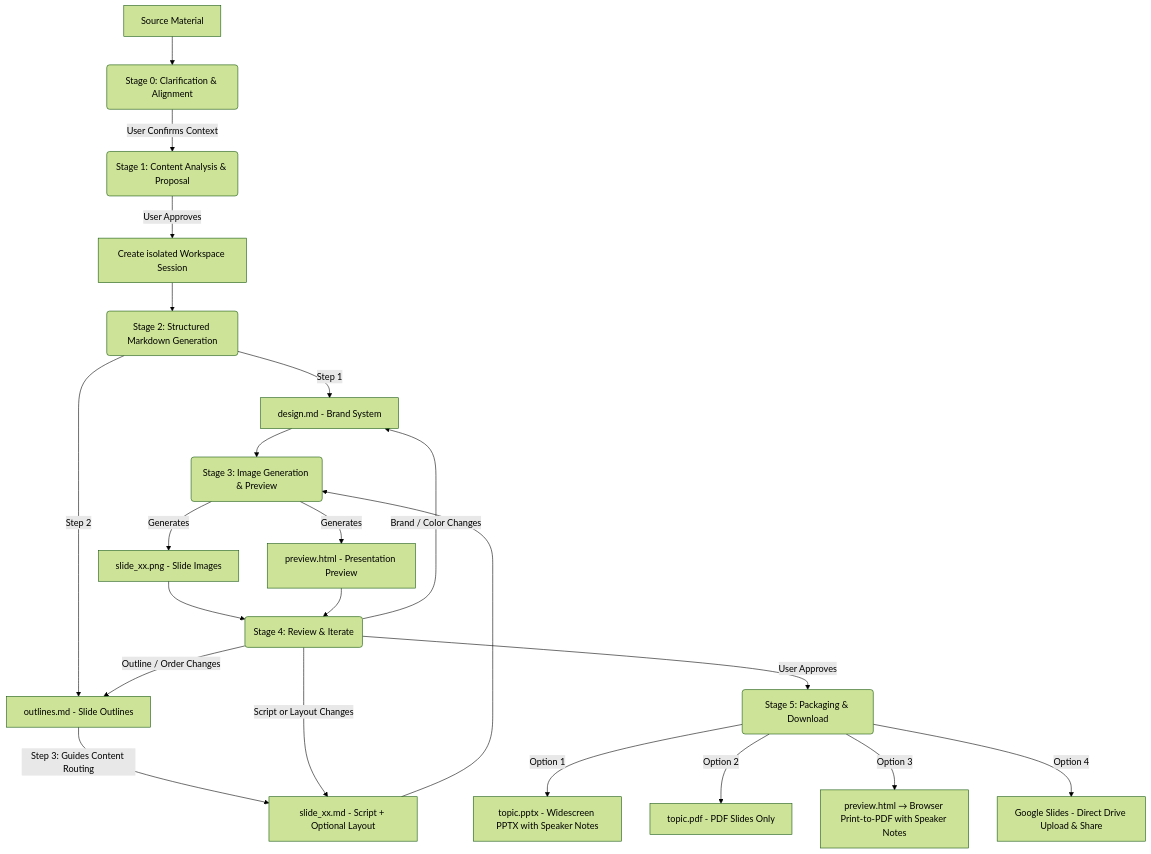
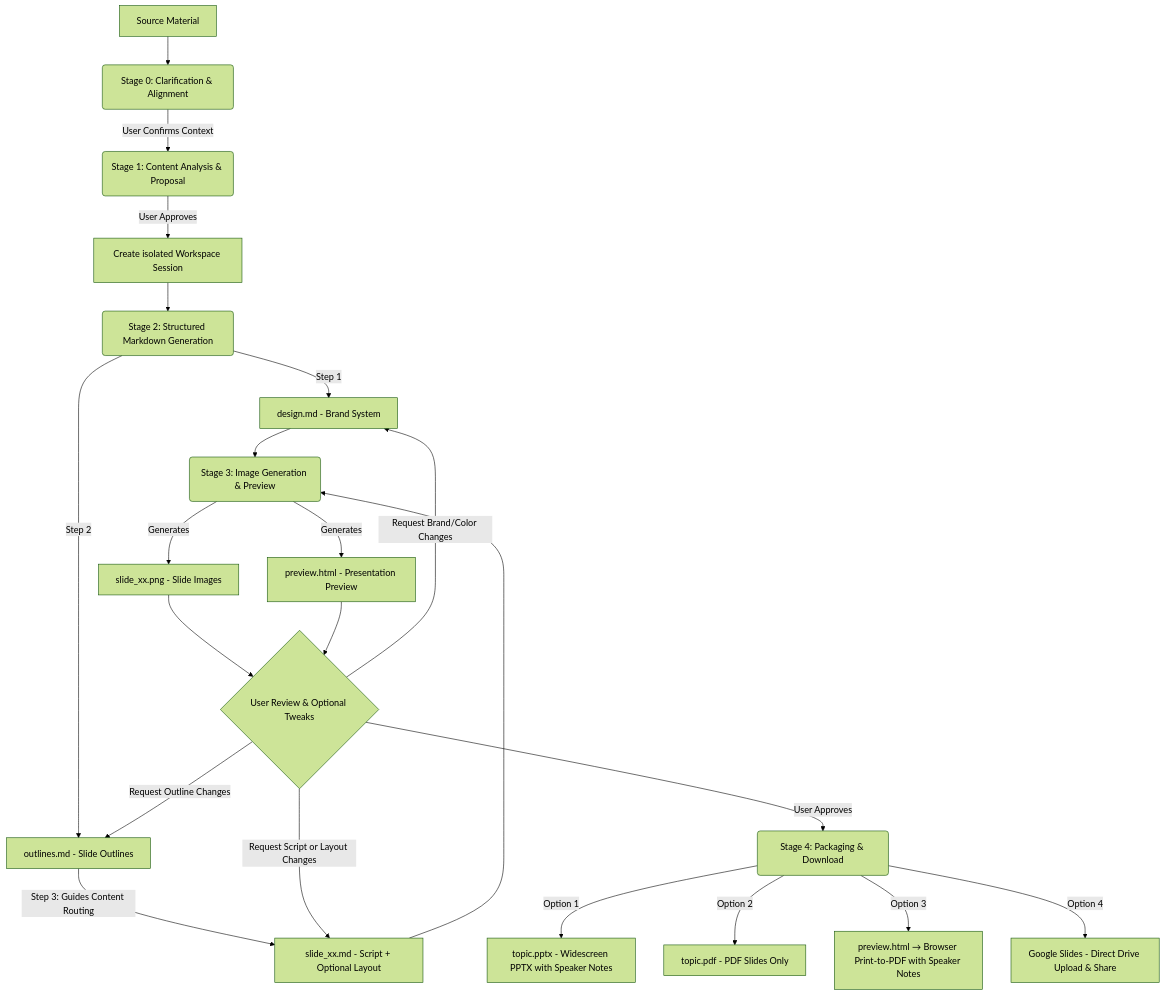
One commit to sylphlin/slide-gen-agent changed the diagram in README.md. Above: the diagram before and after it, drawn with Mermaid (forest theme). The commit also changed other lines of this file and 4 other files, not shown here.

````diff
--- a/README.md
+++ b/README.md
@@ -21,27 +23,27 @@
 ```mermaid
 graph TD
     A[Source Material] --> A0(Stage 0: Clarification & Alignment)
     A0 -->|User Confirms Context| B(Stage 1: Content Analysis & Proposal)
     B -->|User Approves| C[Create isolated Workspace Session]
     C --> D(Stage 2: Structured Markdown Generation)
-
+    
     D -->|Step 1| E1[design.md - Brand System]
     D -->|Step 2| E2[outlines.md - Slide Outlines]
     E2 -->|Step 3: Guides Content Routing| E3[slide_xx.md - Script + Optional Layout]
-
+    
     E1 & E3 --> F(Stage 3: Image Generation & Preview)
     F -->|Generates| G1[slide_xx.png - Slide Images]
     F -->|Generates| G2[preview.html - Presentation Preview]
-
-    G1 & G2 --> H(Stage 4: Review & Iterate)
-
-    H -->|Script or Layout Changes| E3
-    H -->|Outline / Order Changes| E2
-    H -->|Brand / Color Changes| E1
-
-    H -->|User Approves| I(Stage 5: Packaging & Download)
+    
+    G1 & G2 --> H{User Review & Optional Tweaks}
+    
+    H -->|Request Script or Layout Changes| E3
+    H -->|Request Outline Changes| E2
+    H -->|Request Brand/Color Changes| E1
+    
+    H -->|User Approves| I(Stage 4: Packaging & Download)
     I -->|Option 1| J[topic.pptx - Widescreen PPTX with Speaker Notes]
     I -->|Option 2| K[topic.pdf - PDF Slides Only]
     I -->|Option 3| L[preview.html → Browser Print-to-PDF with Speaker Notes]
     I -->|Option 4| M[Google Slides - Direct Drive Upload & Share]
 ```
````
